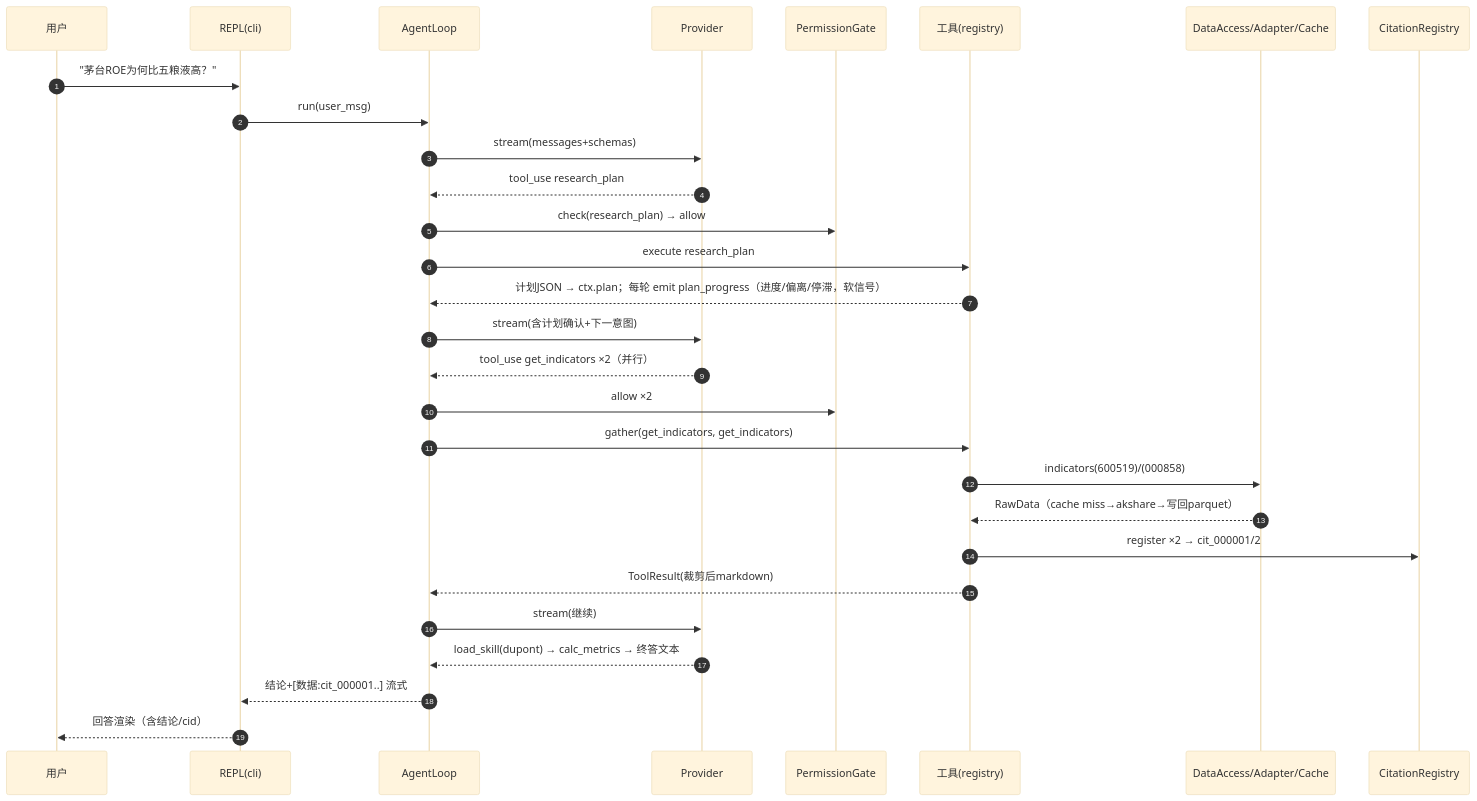
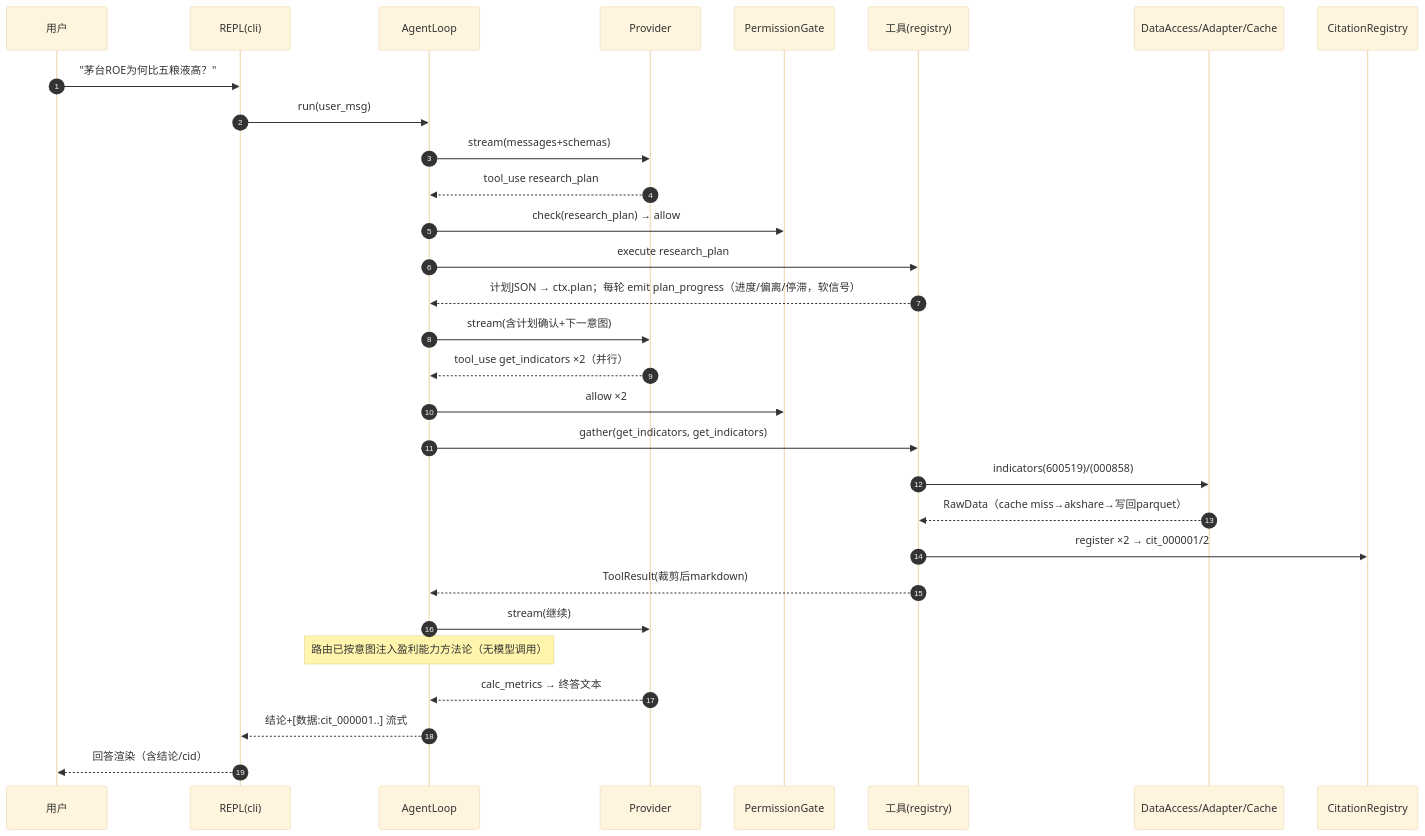
The first of 5 diagrams in docs/modules/FinHarness架构与模块详细设计.md (wkjfeuheru/FinCopilot), drawn with Mermaid (base theme) before and after one commit. The commit also changed other lines of this file and 201 other files, not shown here.

````diff
--- a/docs/modules/FinHarness架构与模块详细设计.md
+++ b/docs/modules/FinHarness架构与模块详细设计.md
@@ -268,31 +269,32 @@
 ```mermaid
 sequenceDiagram
     autonumber
     participant U as 用户
     participant R as REPL(cli)
     participant L as AgentLoop
     participant P as Provider
     participant G as PermissionGate
     participant T as 工具(registry)
     participant D as DataAccess/Adapter/Cache
     participant C as CitationRegistry
     U->>R: "茅台ROE为何比五粮液高？"
     R->>L: run(user_msg)
     L->>P: stream(messages+schemas)
     P-->>L: tool_use research_plan
     L->>G: check(research_plan) → allow
     L->>T: execute research_plan
     T-->>L: 计划JSON → ctx.plan；每轮 emit plan_progress（进度/偏离/停滞，软信号）
     L->>P: stream(含计划确认+下一意图)
     P-->>L: tool_use get_indicators ×2（并行）
     L->>G: allow ×2
     L->>T: gather(get_indicators, get_indicators)
     T->>D: indicators(600519)/(000858)
     D-->>T: RawData（cache miss→akshare→写回parquet）
     T->>C: register ×2 → cit_000001/2
     T-->>L: ToolResult(裁剪后markdown)
     L->>P: stream(继续)
-    P-->>L: load_skill(dupont) → calc_metrics → 终答文本
+    Note over L: 路由已按意图注入盈利能力方法论（无模型调用）
+    P-->>L: calc_metrics → 终答文本
     L-->>R: 结论+[数据:cit_000001..] 流式
     R-->>U: 回答渲染（含结论/cid）
 ```
````
